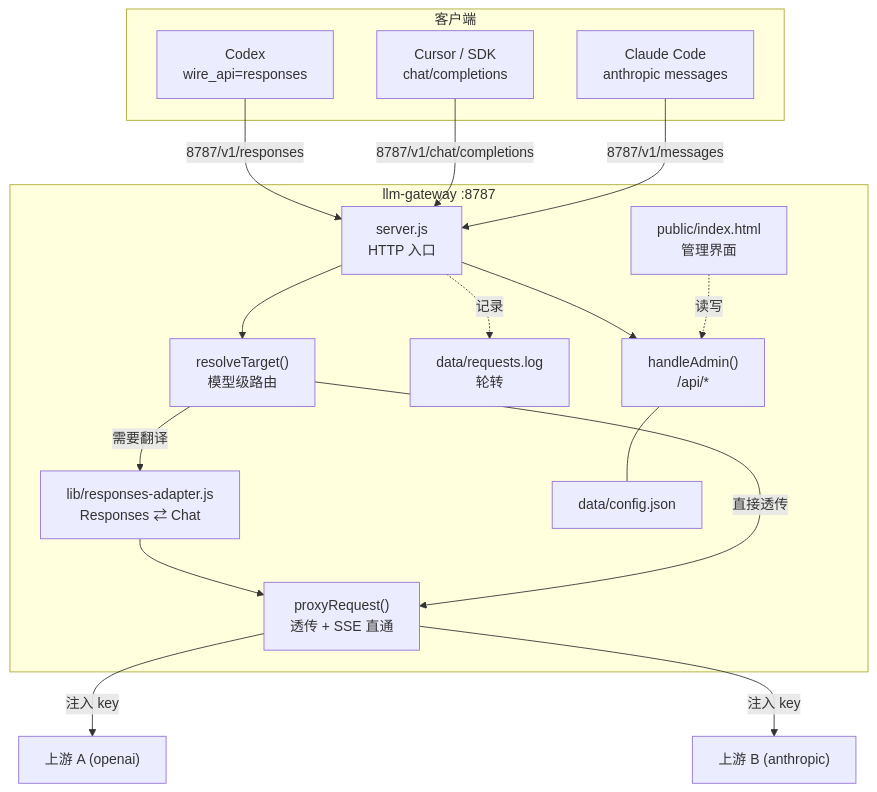
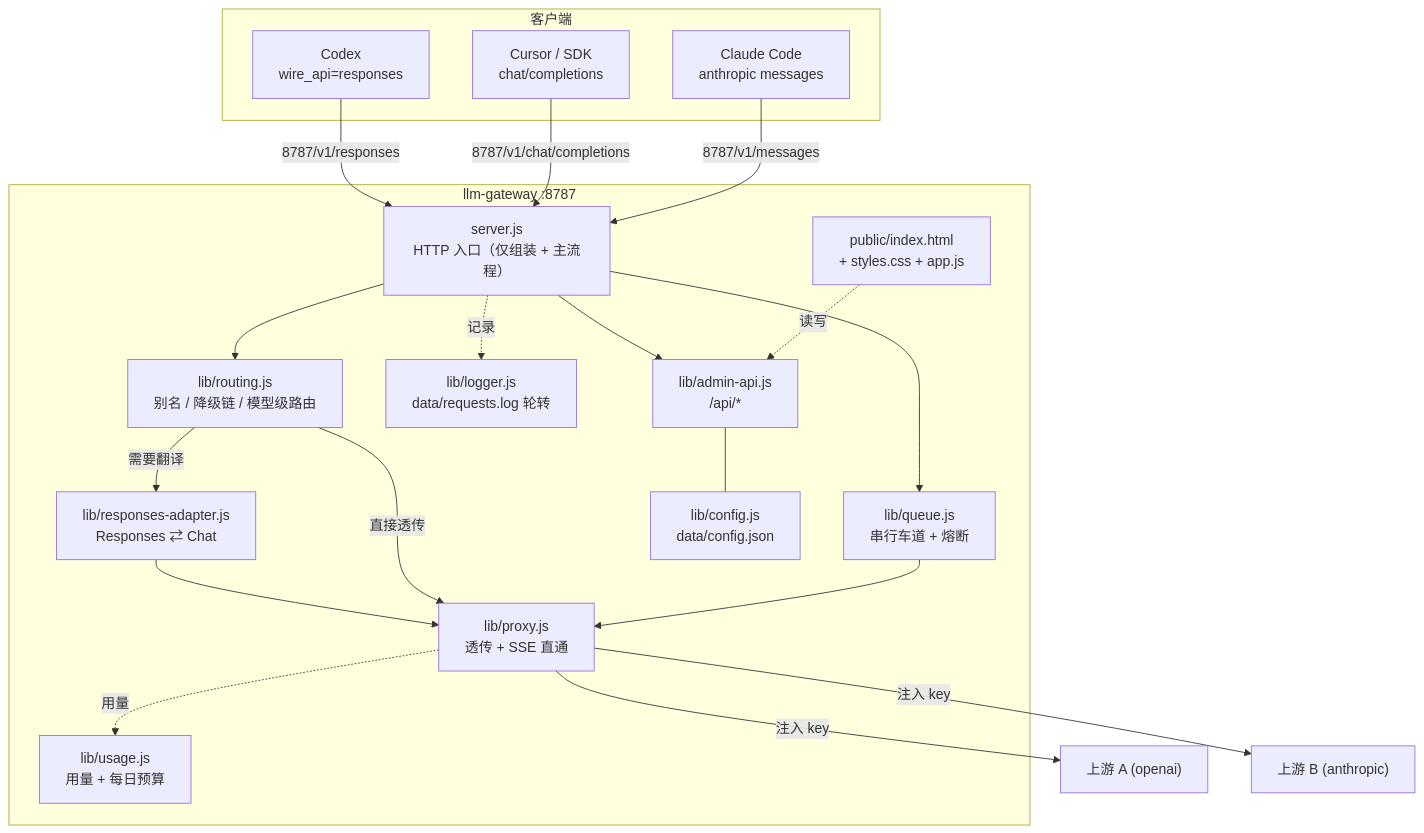
Before and after one commit to Linix0/llm-gateway: the diagram in KNOWLEDGE.md, drawn with Mermaid. The commit also changed other lines of this file and 15 other files, not shown here.

First line of the commit message:
v1.10.0: 模块化拆分（单文件 → lib/ 九模块 + public/ 三文件）

````diff
--- a/KNOWLEDGE.md
+++ b/KNOWLEDGE.md
@@ -30,33 +30,38 @@
 ```mermaid
 graph TB
     subgraph clients["客户端"]
         C1["Codex<br/>wire_api=responses"]
         C2["Cursor / SDK<br/>chat/completions"]
         C3["Claude Code<br/>anthropic messages"]
     end
 
     C1 -->|"8787/v1/responses"| S
     C2 -->|"8787/v1/chat/completions"| S
     C3 -->|"8787/v1/messages"| S
 
     subgraph gw["llm-gateway :8787"]
-        S["server.js<br/>HTTP 入口"]
-        R["resolveTarget()<br/>模型级路由"]
+        S["server.js<br/>HTTP 入口（仅组装 + 主流程）"]
+        R["lib/routing.js<br/>别名 / 降级链 / 模型级路由"]
+        Q["lib/queue.js<br/>串行车道 + 熔断"]
         AD["lib/responses-adapter.js<br/>Responses ⇄ Chat"]
-        PX["proxyRequest()<br/>透传 + SSE 直通"]
-        CFG["data/config.json"]
-        LOG["data/requests.log<br/>轮转"]
-        UI["public/index.html<br/>管理界面"]
-        API["handleAdmin()<br/>/api/*"]
+        PX["lib/proxy.js<br/>透传 + SSE 直通"]
+        CFG["lib/config.js<br/>data/config.json"]
+        LOG["lib/logger.js<br/>data/requests.log 轮转"]
+        USG["lib/usage.js<br/>用量 + 每日预算"]
+        UI["public/index.html<br/>+ styles.css + app.js"]
+        API["lib/admin-api.js<br/>/api/*"]
     end
 
     S --> R
+    S --> Q
     R -->|"需要翻译"| AD --> PX
     R -->|"直接透传"| PX
+    Q --> PX
     S --> API
     API --- CFG
     S -.记录.-> LOG
+    PX -.用量.-> USG
     PX -->|"注入 key"| UP1["上游 A (openai)"]
     PX -->|"注入 key"| UP2["上游 B (anthropic)"]
     UI -.读写.-> API
 ```
````
